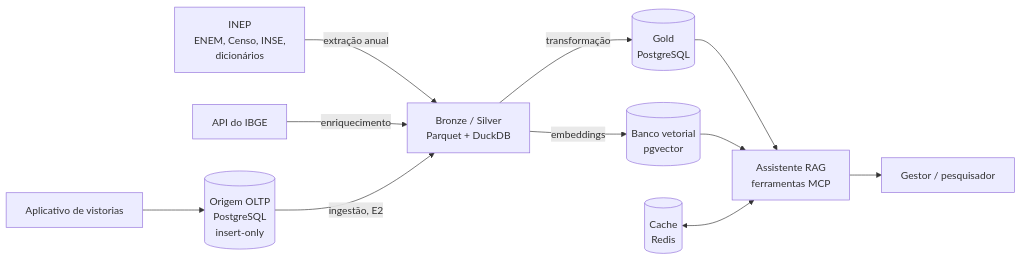
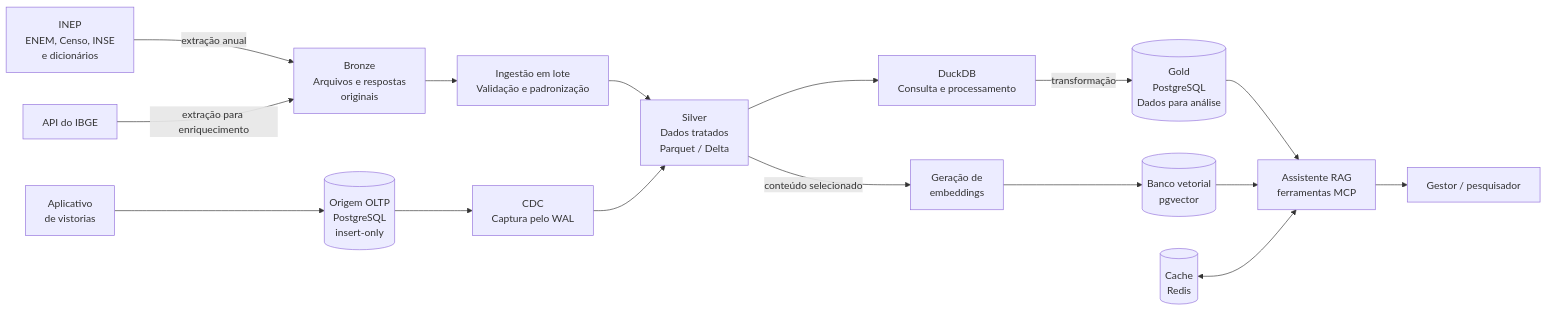
Before and after one commit to daviegito/bd2_2026_2_eduinfra: the first of 2 diagrams in README.md, drawn with Mermaid.

Commit message:
chore: melhorado contexto do diagrama de arquitetura

````diff
--- a/README.md
+++ b/README.md
@@ -24,13 +24,40 @@
 ```mermaid
 flowchart LR
-    INEP["INEP<br/>ENEM, Censo, INSE,<br/>dicionários"] -->|extração anual| LAKE["Bronze / Silver<br/>Parquet + DuckDB"]
-    IBGE["API do IBGE"] -->|enriquecimento| LAKE
-    APP["Aplicativo de vistorias"] --> OLTP[("Origem OLTP<br/>PostgreSQL<br/>insert-only")]
-    OLTP -->|ingestão, E2| LAKE
-    LAKE -->|transformação| GOLD[("Gold<br/>PostgreSQL")]
-    LAKE -->|embeddings| VET[("Banco vetorial<br/>pgvector")]
-    GOLD --> AGENTE["Assistente RAG<br/>ferramentas MCP"]
+    INEP["INEP<br/>ENEM, Censo, INSE<br/>e dicionários"]
+    IBGE["API do IBGE"]
+    APP["Aplicativo<br/>de vistorias"]
+
+    BRONZE["Bronze<br/>Arquivos e respostas<br/>originais"]
+    LOTE["Ingestão em lote<br/>Validação e padronização"]
+    SILVER["Silver<br/>Dados tratados<br/>Parquet / Delta"]
+
+    OLTP[("Origem OLTP<br/>PostgreSQL<br/>insert-only")]
+    CDC["CDC<br/>Captura pelo WAL"]
+    DUCK["DuckDB<br/>Consulta e processamento"]
+    GOLD[("Gold<br/>PostgreSQL<br/>Dados para análise")]
+
+    EMB["Geração de<br/>embeddings"]
+    VET[("Banco vetorial<br/>pgvector")]
+    AGENTE["Assistente RAG<br/>ferramentas MCP"]
+    CACHE[("Cache<br/>Redis")]
+    USER["Gestor / pesquisador"]
+
+    INEP -->|extração anual| BRONZE
+    IBGE -->|extração para enriquecimento| BRONZE
+    BRONZE --> LOTE
+    LOTE --> SILVER
+
+    APP --> OLTP
+    OLTP --> CDC
+    CDC --> SILVER
+
+    SILVER --> DUCK
+    DUCK -->|transformação| GOLD
+    SILVER -->|conteúdo selecionado| EMB
+    EMB --> VET
+
+    GOLD --> AGENTE
     VET --> AGENTE
-    CACHE[("Cache<br/>Redis")] <--> AGENTE
-    AGENTE --> USER["Gestor / pesquisador"]
+    CACHE <--> AGENTE
+    AGENTE --> USER
 ```
````
